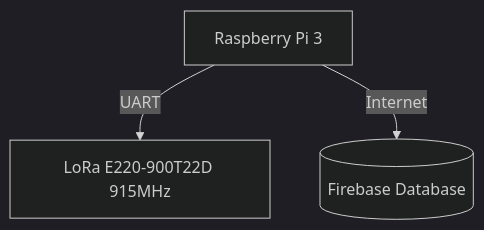
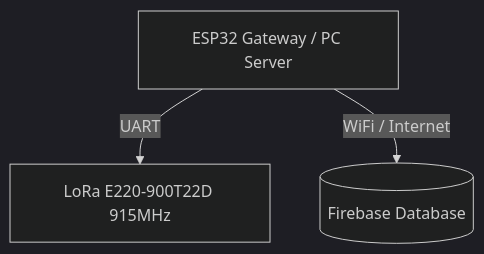
One commit to icelanggriany/aquaponics-system changed the second of 2 diagrams in wiring_guide.md. Above: the diagram before and after it, drawn with Mermaid (dark theme). The commit also changed other lines of this file and 4 other files, not shown here.

````diff
--- a/wiring_guide.md
+++ b/wiring_guide.md
@@ -45,6 +45,6 @@
 ```mermaid
 graph TD
-    RPi[Raspberry Pi 3]
-    RPi -->|UART| LoRa_RX[LoRa E220-900T22D 915MHz]
-    RPi -->|Internet| Firebase[(Firebase Database)]
+    ESP32_GW[ESP32 Gateway / PC Server]
+    ESP32_GW -->|UART| LoRa_RX[LoRa E220-900T22D 915MHz]
+    ESP32_GW -->|WiFi / Internet| Firebase[(Firebase Database)]
 ```
````
